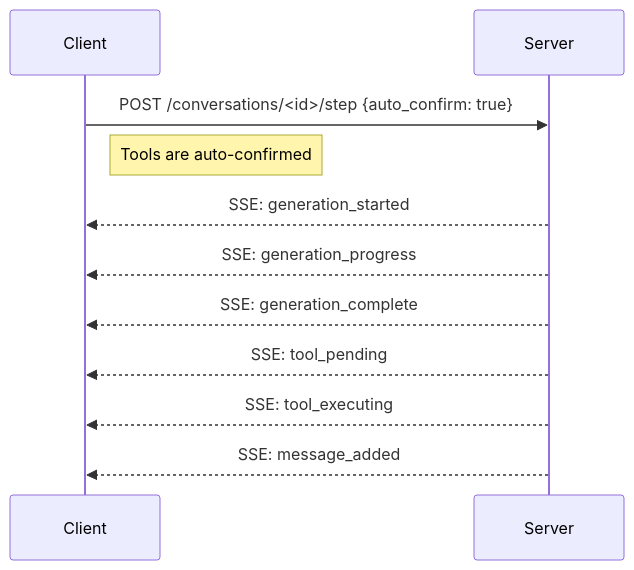
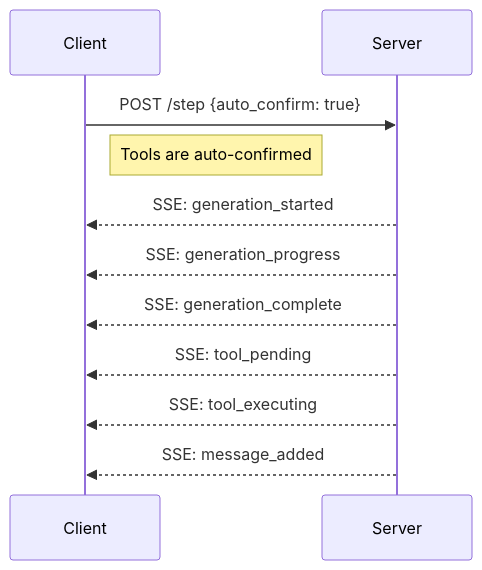
The fourth of 4 diagrams in server-api-improvements.md (ErikBjare/gptme), drawn with Mermaid before and after one commit.

Commit message:
docs: fixed path in doc

````diff
--- a/server-api-improvements.md
+++ b/server-api-improvements.md
@@ -230,11 +230,11 @@
      ```mermaid
      sequenceDiagram
-         Client->>Server: POST /conversations/<id>/step {auto_confirm: true}
+         Client->>Server: POST /step {auto_confirm: true}
          Note right of Client: Tools are auto-confirmed
          Server-->>Client: SSE: generation_started
          Server-->>Client: SSE: generation_progress
          Server-->>Client: SSE: generation_complete
          Server-->>Client: SSE: tool_pending
          Server-->>Client: SSE: tool_executing
          Server-->>Client: SSE: message_added
      ```
````
